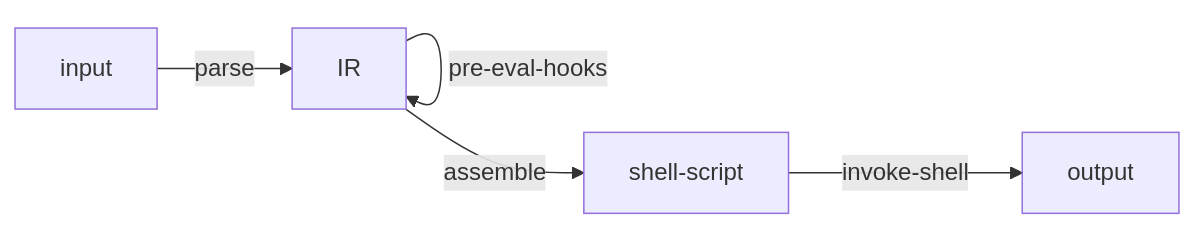
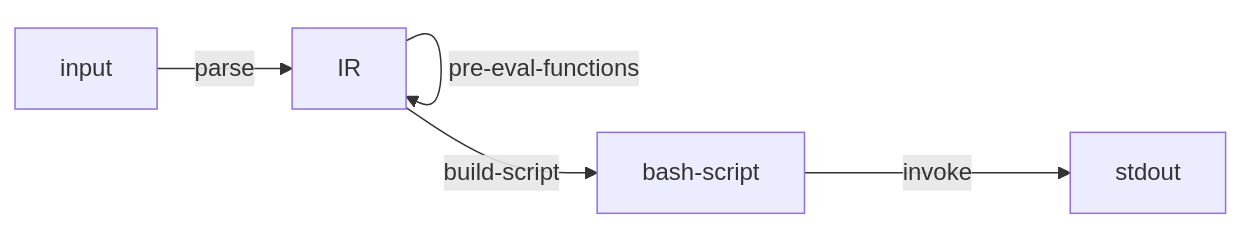
Before and after one commit to cfclrk/environ: the first of 2 diagrams in README.md, drawn with Mermaid. The commit also changed other lines of this file and 2 other files, not shown here.

Commit message:
Add proper pre-post functions, refactoring

````diff
--- a/README.md
+++ b/README.md
@@ -247,7 +246,7 @@
 ```mermaid
 flowchart LR
     input -- parse --> IR
-    IR -- pre-eval-hooks --> IR
-    IR -- assemble --> shell-script
-    shell-script -- invoke-shell --> output
+    IR -- pre-eval-functions --> IR
+    IR -- build-script --> bash-script
+    bash-script -- invoke --> stdout
 ```
````
